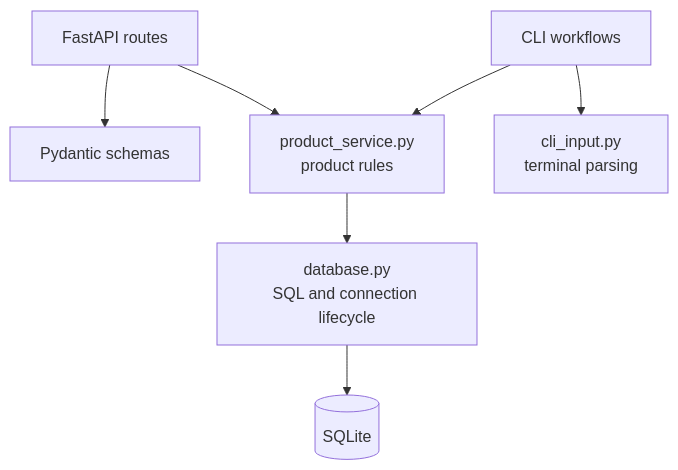
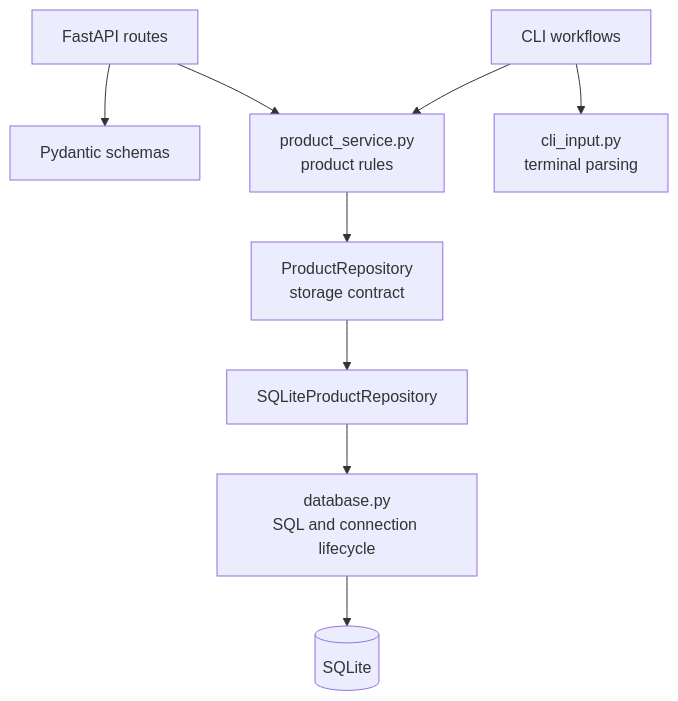
The diagram in README.md (paulo-sempio-neto/Product-Management-System), drawn with Mermaid before and after one commit. The commit also changed other lines of this file and 7 other files, not shown here.

````diff
--- a/README.md
+++ b/README.md
@@ -194,9 +196,11 @@
 ```mermaid
 flowchart TD
     API[FastAPI routes] --> Schemas[Pydantic schemas]
     API --> Service[product_service.py<br/>product rules]
     CLI[CLI workflows] --> Input[cli_input.py<br/>terminal parsing]
     CLI --> Service
-    Service --> Database[database.py<br/>SQL and connection lifecycle]
+    Service --> Repository[ProductRepository<br/>storage contract]
+    Repository --> Adapter[SQLiteProductRepository]
+    Adapter --> Database[database.py<br/>SQL and connection lifecycle]
     Database --> SQLite[(SQLite)]
 ```
````
